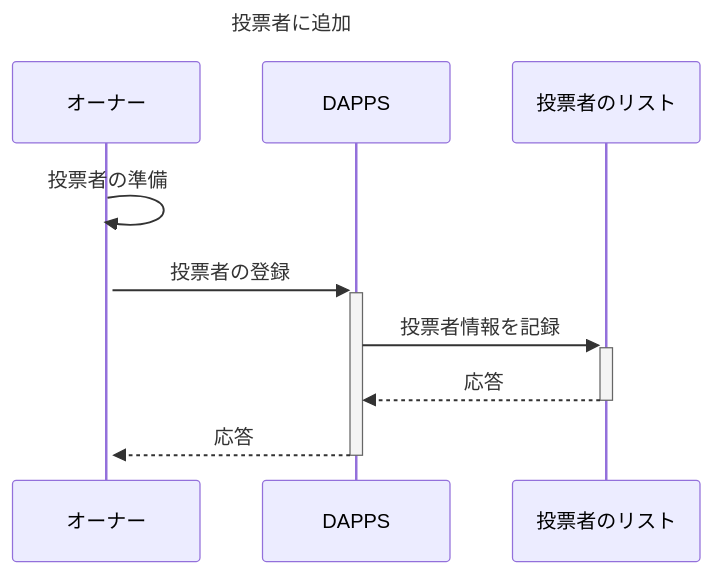
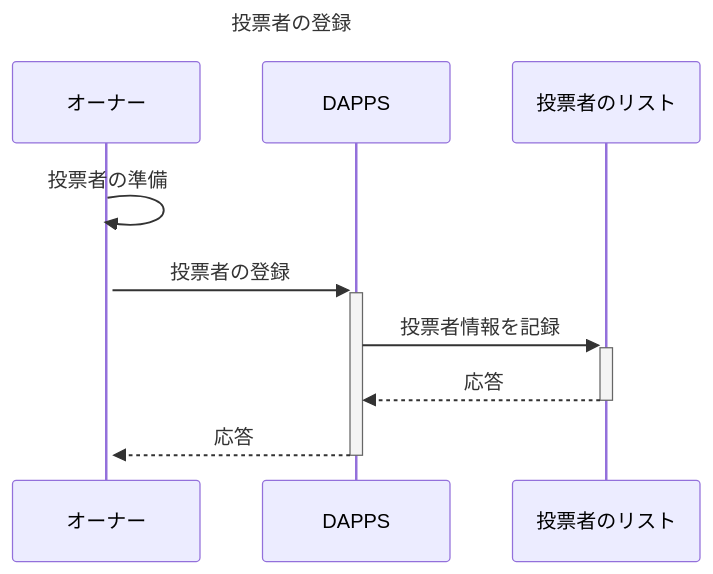
The diagram in sequence-diagram/add-voter.mmd (PLUSPLUS-JP/crypto-vote), drawn with Mermaid before and after one commit. The commit also changed 5 other files, not shown here.

```diff
--- a/sequence-diagram/add-voter.mmd
+++ b/sequence-diagram/add-voter.mmd
@@ -1,12 +1,12 @@
 sequenceDiagram
-Title: 投票者に追加
+Title: 投票者の登録
 participant OW AS オーナー
 participant DAPPS
 participant VT AS 投票者のリスト
 
 OW ->>+ OW: 投票者の準備
 
 OW ->>+ DAPPS: 投票者の登録
     DAPPS ->>+ VT: 投票者情報を記録
     VT -->>- DAPPS : 応答
 DAPPS -->>- OW : 応答
```
